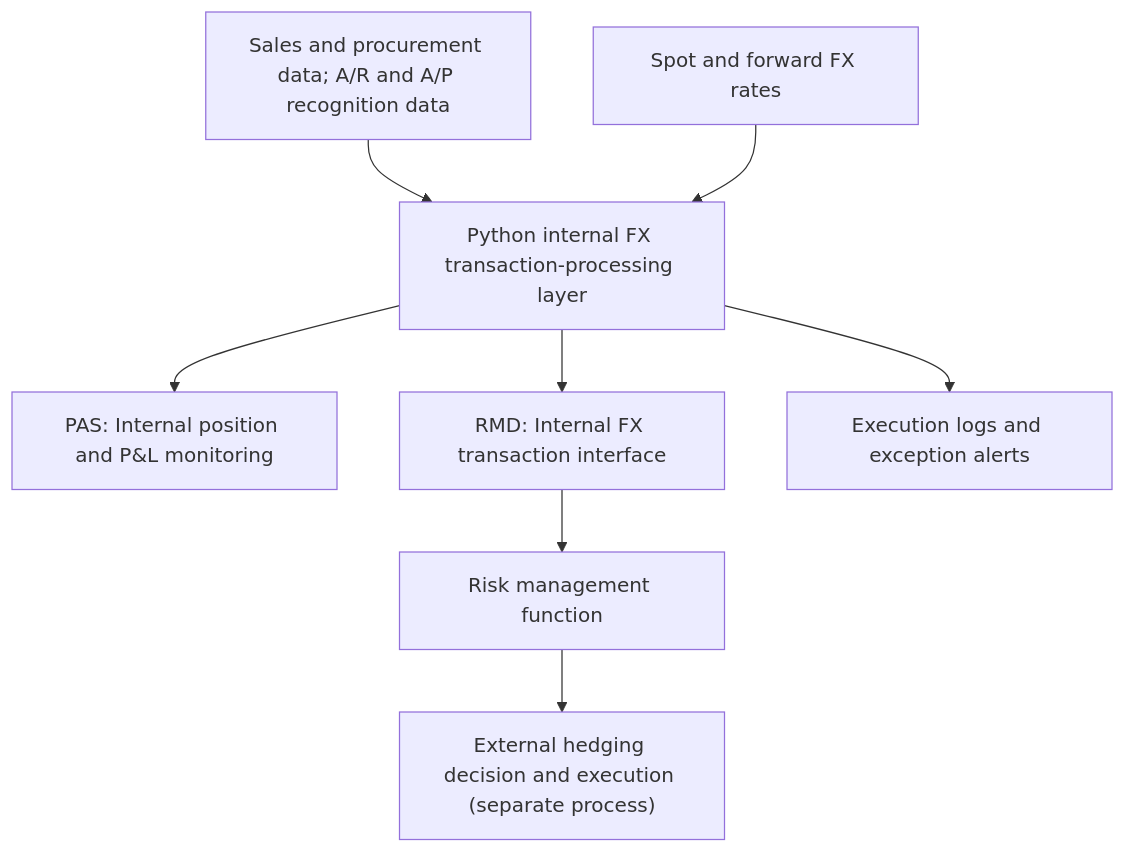
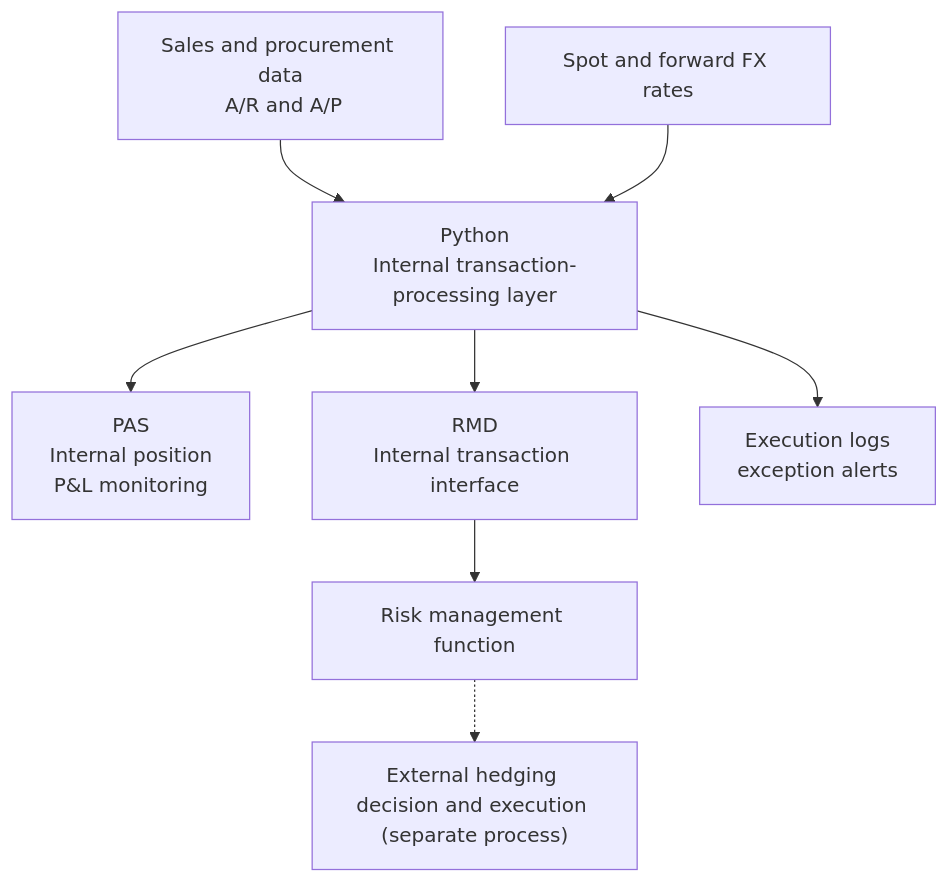
Before and after one commit to ChienChienChien/FX_Hedging_Automation: the diagram in README.md, drawn with Mermaid. The commit also changed other lines of this file, not shown here.

````diff
--- a/README.md
+++ b/README.md
@@ -50,12 +50,12 @@
 ```mermaid
 flowchart TB
-    A["Sales and procurement data; A/R and A/P recognition data"] --> D["Python internal FX transaction-processing layer"]
+    A["Sales and procurement data<br> A/R and A/P"] --> D["Python<br>Internal transaction-processing layer"]
     B["Spot and forward FX rates"] --> D
 
-    D --> E["PAS: Internal position and P&L monitoring"]
-    D --> F["RMD: Internal FX transaction interface"]
-    D --> G["Execution logs and exception alerts"]
+    D --> E["PAS<br>Internal position<br>P&L monitoring"]
+    D --> F["RMD<br>Internal transaction interface"]
+    D --> G["Execution logs<br>exception alerts"]
 
     F --> H["Risk management function"]
-    H --> I["External hedging decision and execution (separate process)"]
+    H -.-> I["External hedging decision and execution (separate process)"]
 ```
````
